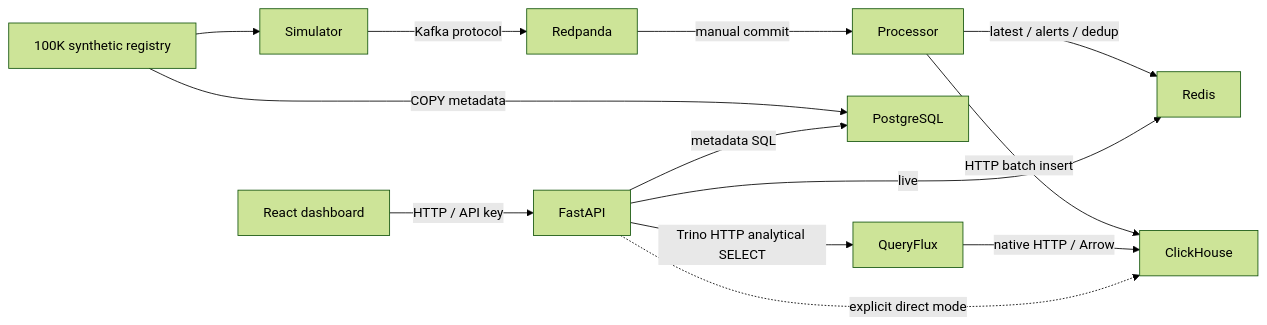
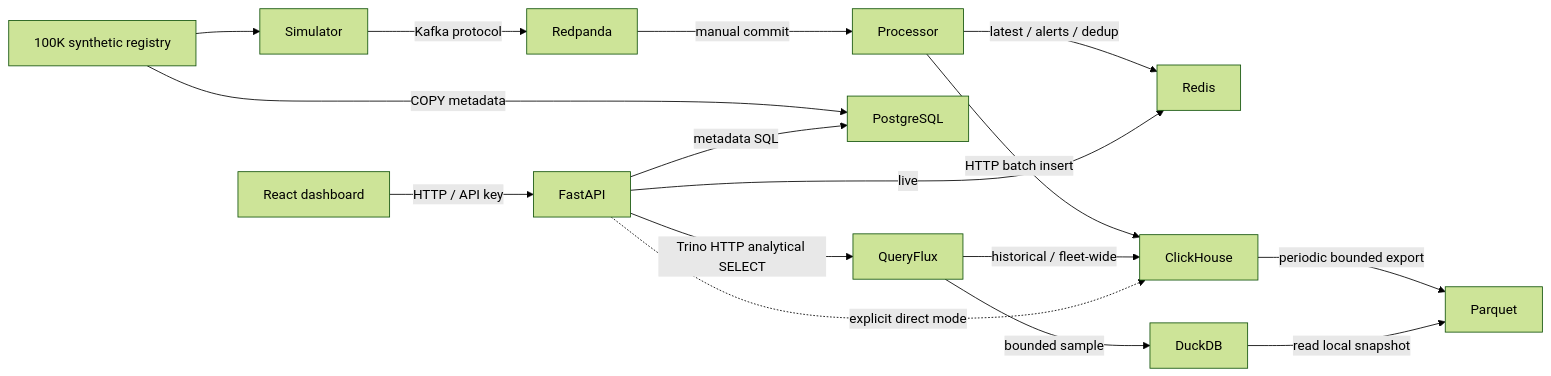
Before and after one commit to Kaileshwar16/VeloSense: the diagram in README.md, drawn with Mermaid (forest theme). The commit also changed other lines of this file and 44 other files, not shown here.

Commit message:
Add verified DuckDB sample routing alongside ClickHouse

````diff
--- a/README.md
+++ b/README.md
@@ -17,15 +17,18 @@
 ```mermaid
 flowchart LR
   Registry[100K synthetic registry] --> Simulator
   Simulator -->|Kafka protocol| Redpanda
   Redpanda -->|manual commit| Processor
   Processor -->|latest / alerts / dedup| Redis
   Processor -->|HTTP batch insert| ClickHouse
   Registry -->|COPY metadata| PostgreSQL
   Dashboard[React dashboard] -->|HTTP / API key| FastAPI
   FastAPI -->|live| Redis
   FastAPI -->|metadata SQL| PostgreSQL
   FastAPI -->|Trino HTTP analytical SELECT| QueryFlux
-  QueryFlux -->|native HTTP / Arrow| ClickHouse
+  QueryFlux -->|historical / fleet-wide| ClickHouse
+  QueryFlux -->|bounded sample| DuckDB
+  ClickHouse -->|periodic bounded export| Parquet
+  DuckDB -->|read local snapshot| Parquet
   FastAPI -.->|explicit direct mode| ClickHouse
 ```
````
